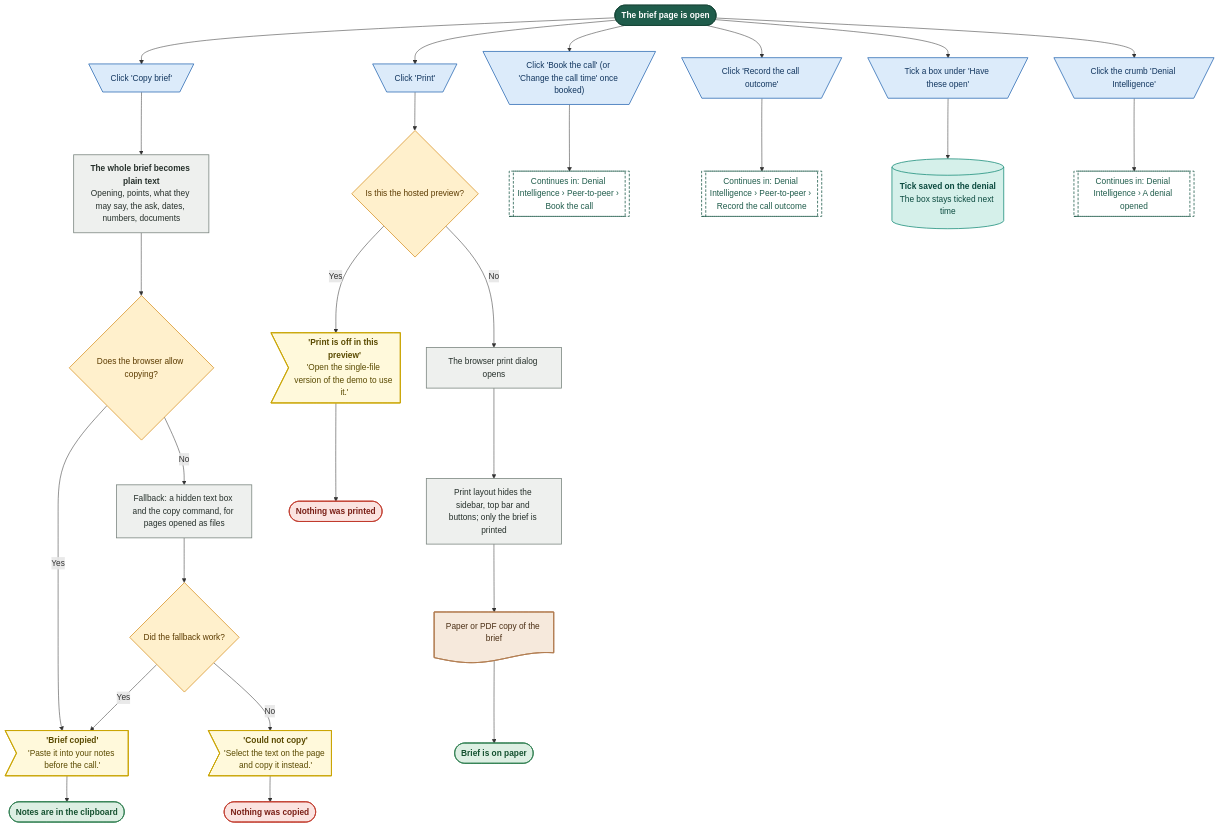
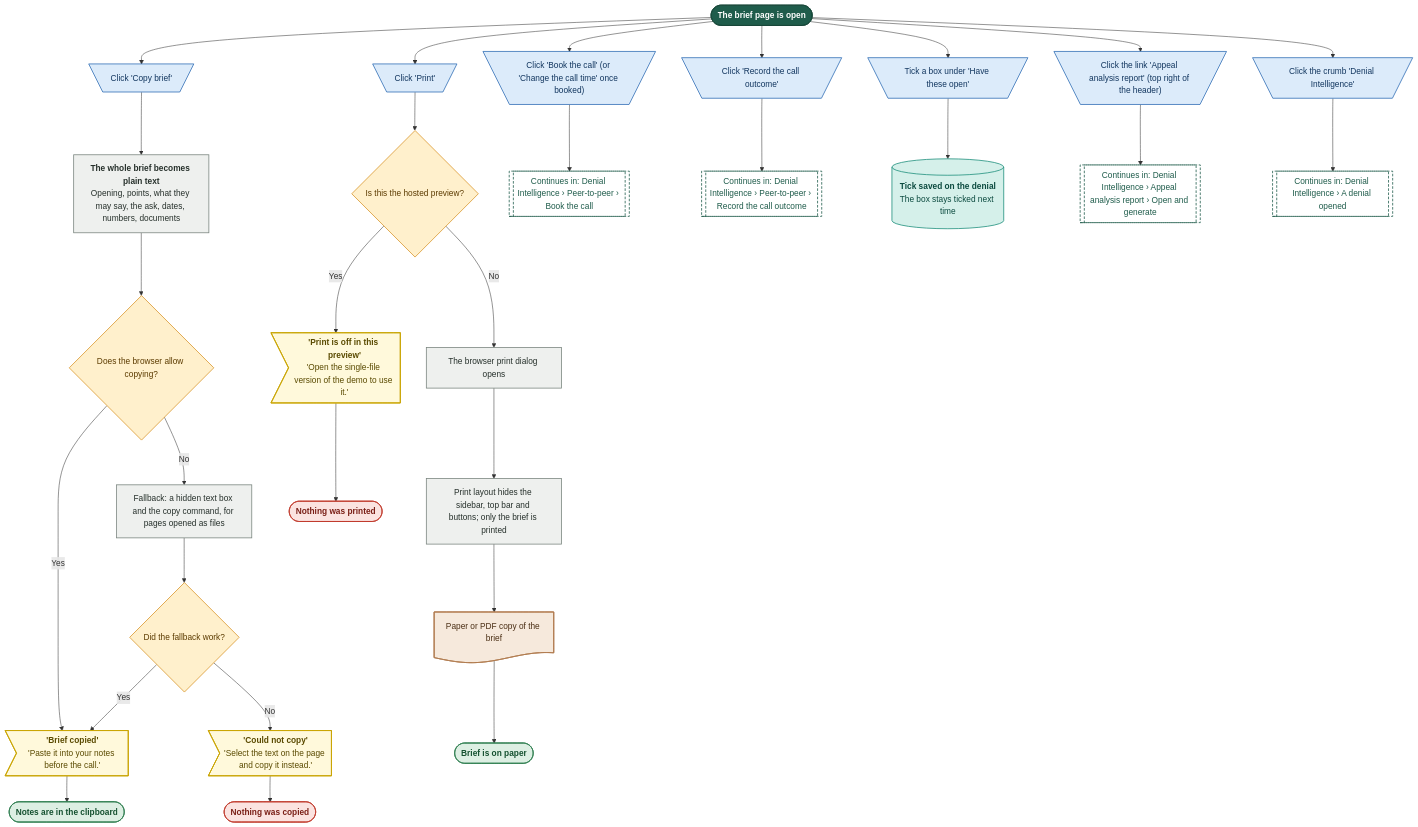
Before and after one commit to Shrav143/psyfloapp: diagram 13 of 25 in demos/prior-auth-demo/workflows/out/md/06-denials.md, drawn with Mermaid. The commit also changed other lines of this file and 39 other files, not shown here.

First line of the commit message:
docs: appeal analysis report in the site map and README; rebuild the workflow diagrams (225)

````diff
--- a/demos/prior-auth-demo/workflows/out/md/06-denials.md
+++ b/demos/prior-auth-demo/workflows/out/md/06-denials.md
@@ -816,69 +970,72 @@
 ```mermaid
 %%{init: {"theme":"base","themeVariables":{"fontFamily":"'DM Sans', 'Segoe UI', system-ui, sans-serif","fontSize":"15px","lineColor":"#5B6B63","primaryTextColor":"#1C2B25","clusterBkg":"#FBF8F3","clusterBorder":"#D9CDBB","edgeLabelBackground":"#FFFFFF"},"flowchart":{"curve":"basis","nodeSpacing":36,"rankSpacing":48,"padding":12,"htmlLabels":true,"useMaxWidth":false,"wrappingWidth":230}} }%%
 flowchart TD
   classDef k_start fill:#1F5C4B,stroke:#174638,color:#FFFFFF,stroke-width:1.5px,font-weight:600
   classDef k_end fill:#DDEFE3,stroke:#2E7D4F,color:#14502F,stroke-width:1.5px,font-weight:600
   classDef k_endx fill:#FBE3E0,stroke:#C0392B,color:#7A1F16,stroke-width:1.5px,font-weight:600
   classDef k_screen fill:#FFFDF8,stroke:#1F5C4B,color:#1C2B25,stroke-width:2px
   classDef k_overlay fill:#F1F7F3,stroke:#1F5C4B,color:#1C2B25,stroke-width:2px,stroke-dasharray:5 3
   classDef k_click fill:#DCEBFA,stroke:#2F6DB5,color:#12365F,stroke-width:1.5px
   classDef k_input fill:#E4E7FF,stroke:#4C5FD5,color:#1D2670,stroke-width:1.5px
   classDef k_process fill:#EEF0EE,stroke:#7A857F,color:#26302B,stroke-width:1.5px
   classDef k_agent fill:#EEE5FA,stroke:#7A4FC2,color:#341A63,stroke-width:1.5px
   classDef k_decision fill:#FFF0CC,stroke:#D9962B,color:#5C3B00,stroke-width:1.5px
   classDef k_store fill:#D5F0EA,stroke:#1C8E7B,color:#0B4A3F,stroke-width:1.5px
   classDef k_doc fill:#F6E9DC,stroke:#B07A4C,color:#4A2E14,stroke-width:1.5px
   classDef k_ext fill:#FFE6D2,stroke:#E07B39,color:#6B2F06,stroke-width:1.5px
   classDef k_wait fill:#E4E8EE,stroke:#6B7C93,color:#26303D,stroke-width:1.5px
   classDef k_toast fill:#FFF9DB,stroke:#C9A400,color:#5A4A00,stroke-width:1.5px
   classDef k_goto fill:#FFFFFF,stroke:#1F5C4B,color:#1F5C4B,stroke-width:1.5px,stroke-dasharray:5 3
   s1@{ shape: stadium, label: "The brief page is open" }
   c1@{ shape: trap-t, label: "Click 'Copy brief'" }
   p1@{ shape: rect, label: "<b>The whole brief becomes plain text</b><br/>Opening, points, what they may say, the ask, dates, numbers, documents" }
   d1@{ shape: diam, label: "Does the browser allow copying?" }
   p2@{ shape: rect, label: "Fallback: a hidden text box and the copy command, for pages opened as files" }
   d2@{ shape: diam, label: "Did the fallback work?" }
   t1@{ shape: odd, label: "<b>'Brief copied'</b><br/>'Paste it into your notes before the call.'" }
   t2@{ shape: odd, label: "<b>'Could not copy'</b><br/>'Select the text on the page and copy it instead.'" }
   c2@{ shape: trap-t, label: "Click 'Print'" }
   d3@{ shape: diam, label: "Is this the hosted preview?" }
   t3@{ shape: odd, label: "<b>'Print is off in this preview'</b><br/>'Open the single-file version of the demo to use it.'" }
   p3@{ shape: rect, label: "The browser print dialog opens" }
   p4@{ shape: rect, label: "Print layout hides the sidebar, top bar and buttons; only the brief is printed" }
   dc1@{ shape: doc, label: "Paper or PDF copy of the brief" }
   c3@{ shape: trap-t, label: "Click 'Book the call' (or 'Change the call time' once booked)" }
   g1@{ shape: subproc, label: "Continues in: Denial Intelligence › Peer-to-peer › Book the call" }
   c4@{ shape: trap-t, label: "Click 'Record the call outcome'" }
   g2@{ shape: subproc, label: "Continues in: Denial Intelligence › Peer-to-peer › Record the call outcome" }
   c5@{ shape: trap-t, label: "Tick a box under 'Have these open'" }
   st1@{ shape: cyl, label: "<b>Tick saved on the denial</b><br/>The box stays ticked next time" }
+  c7@{ shape: trap-t, label: "Click the link 'Appeal analysis report' (top right of the header)" }
+  g4@{ shape: subproc, label: "Continues in: Denial Intelligence › Appeal analysis report › Open and generate" }
   c6@{ shape: trap-t, label: "Click the crumb 'Denial Intelligence'" }
   g3@{ shape: subproc, label: "Continues in: Denial Intelligence › A denial opened" }
   e1@{ shape: stadium, label: "Notes are in the clipboard" }
   e2@{ shape: stadium, label: "Brief is on paper" }
   e3@{ shape: stadium, label: "Nothing was copied" }
   e4@{ shape: stadium, label: "Nothing was printed" }
-  s1 --> c1 & c2 & c3 & c4 & c5 & c6
+  s1 --> c1 & c2 & c3 & c4 & c5 & c6 & c7
   c1 --> p1 --> d1
   d1 -->|"Yes"| t1 --> e1
   d1 -->|"No"| p2 --> d2
   d2 -->|"Yes"| t1
   d2 -->|"No"| t2 --> e3
   c2 --> d3
   d3 -->|"Yes"| t3 --> e4
   d3 -->|"No"| p3 --> p4 --> dc1 --> e2
   c3 --> g1
   c4 --> g2
   c5 --> st1
   c6 --> g3
+  c7 --> g4
   class s1 k_start
-  class c1,c2,c3,c4,c5,c6 k_click
+  class c1,c2,c3,c4,c5,c7,c6 k_click
   class p1,p2,p3,p4 k_process
   class d1,d2,d3 k_decision
   class t1,t2,t3 k_toast
   class dc1 k_doc
-  class g1,g2,g3 k_goto
+  class g1,g2,g4,g3 k_goto
   class st1 k_store
   class e1,e2 k_end
   class e3,e4 k_endx
 ```
````
